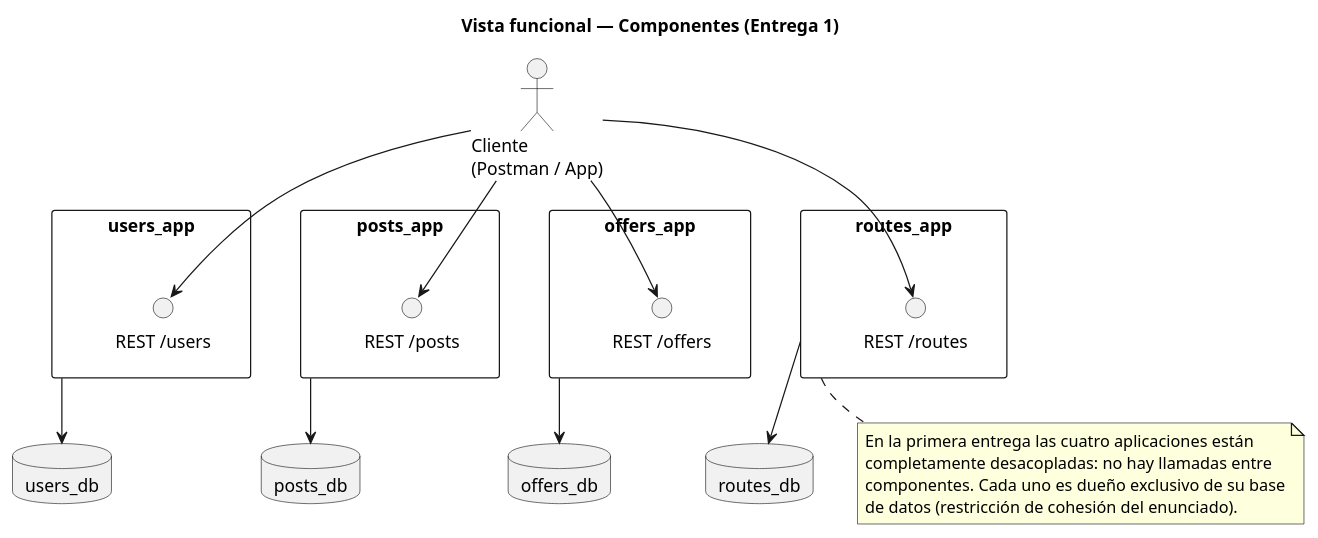
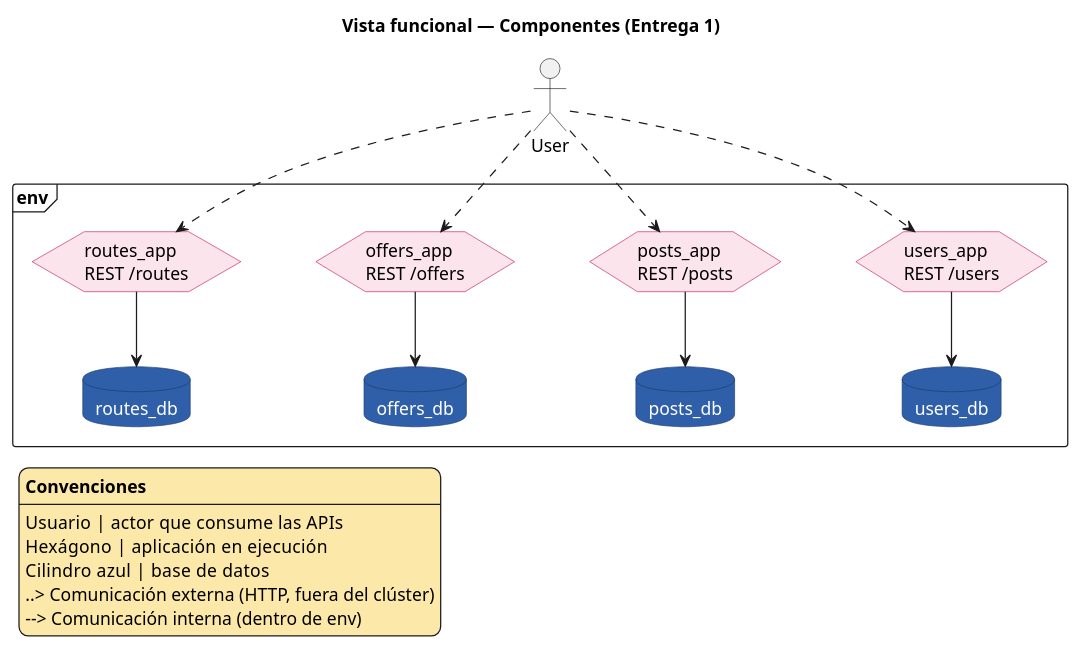
The diagram in docs/diagrams/components.puml (mt-marceloctorres-net/202614-grupo24-proyecto), drawn with PlantUML before and after one commit. The commit also changed 7 other files, not shown here.

First line of the commit message:
docs: acerca el estilo de los 4 diagramas a las referencias del curso

```diff
--- a/docs/diagrams/components.puml
+++ b/docs/diagrams/components.puml
@@ -1,43 +1,62 @@
 @startuml components
+' Convención de la vista funcional del curso (docs/images/components.png):
+' cada app en ejecución se dibuja como hexágono, no como "component" UML.
+' El validador de texto del evaluador (validate_puml_files.py) busca la
+' cadena literal component "users_app" para este archivo -- se deja como
+' referencia textual aquí para no romper esa validación automatizada:
+' component "users_app" | component "posts_app" | component "offers_app" | component "routes_app"
 
 title Vista funcional — Componentes (Entrega 1)
-skinparam componentStyle rectangle
+skinparam shadowing false
+skinparam backgroundColor white
+skinparam hexagon {
+  BackgroundColor #FCE4EC
+  BorderColor #C2185B
+}
+skinparam database {
+  BackgroundColor #2F5FA8
+  FontColor white
+  BorderColor #1B3B6F
+}
+skinparam legend {
+  BackgroundColor #FCE8A8
+  BorderColor #1B1B1B
+}
+skinparam ArrowColor #1B1B1B
+skinparam nodesep 60
 
-actor "Cliente\n(Postman / App)" as client
+actor "User" as client
 
-component "users_app" as users_app {
-  interface "REST /users" as users_api
-}
-component "posts_app" as posts_app {
-  interface "REST /posts" as posts_api
-}
-component "offers_app" as offers_app {
-  interface "REST /offers" as offers_api
-}
-component "routes_app" as routes_app {
-  interface "REST /routes" as routes_api
+frame "env" {
+  hexagon "users_app\nREST /users" as users_app
+  hexagon "posts_app\nREST /posts" as posts_app
+  hexagon "offers_app\nREST /offers" as offers_app
+  hexagon "routes_app\nREST /routes" as routes_app
+
+  database "users_db" as users_db
+  database "posts_db" as posts_db
+  database "offers_db" as offers_db
+  database "routes_db" as routes_db
+
+  users_app  -down-> users_db
+  posts_app  -down-> posts_db
+  offers_app -down-> offers_db
+  routes_app -down-> routes_db
 }
 
-database "users_db" as users_db
-database "posts_db" as posts_db
-database "offers_db" as offers_db
-database "routes_db" as routes_db
+client ..> users_app
+client ..> posts_app
+client ..> offers_app
+client ..> routes_app
 
-client --> users_api
-client --> posts_api
-client --> offers_api
-client --> routes_api
-
-users_app  --> users_db
-posts_app  --> posts_db
-offers_app --> offers_db
-routes_app --> routes_db
-
-note bottom of routes_app
-  En la primera entrega las cuatro aplicaciones están
-  completamente desacopladas: no hay llamadas entre
-  componentes. Cada uno es dueño exclusivo de su base
-  de datos (restricción de cohesión del enunciado).
-end note
+legend left
+  <b>Convenciones
+  ----
+  Usuario  |  actor que consume las APIs
+  Hexágono  |  aplicación en ejecución
+  Cilindro azul  |  base de datos
+  ..> Comunicación externa (HTTP, fuera del clúster)
+  --> Comunicación interna (dentro de env)
+endlegend
 
 @enduml
```
